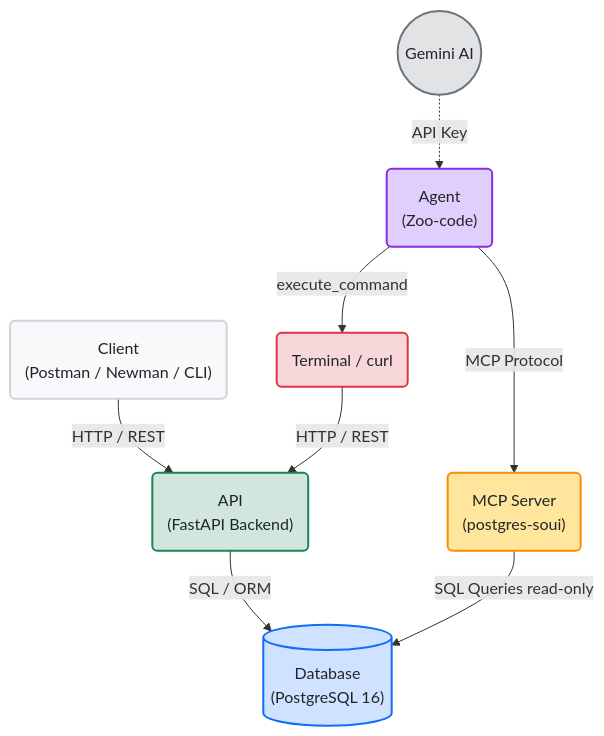
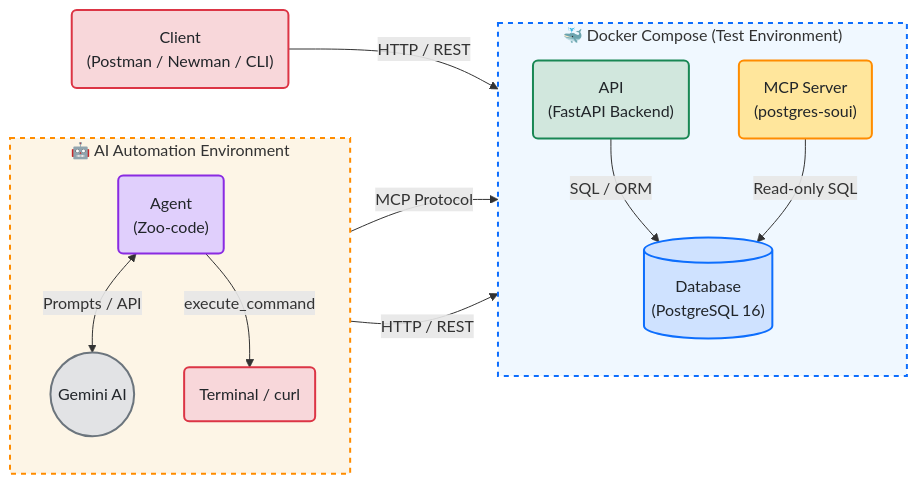
Before and after one commit to stasmeh/soui-qa-automation-hub: the diagram in README.md, drawn with Mermaid.

````diff
--- a/README.md
+++ b/README.md
@@ -25,22 +25,53 @@
 ```mermaid
-graph TD
-    Client("Client<br/>(Postman / Newman / CLI)") -->|"HTTP / REST"| API("API<br/>(FastAPI Backend)")
-    API -->|"SQL / ORM"| DB[("Database<br/>(PostgreSQL 16)")]
+graph LR
+    %% Клиентская часть
+    Client("Client<br/>(Postman / Newman / CLI)")
 
-    LLM(("Gemini AI")) -. "API Key" .-> Agent("Agent<br/>(Zoo-code)")
+    %% Зона тестируемого приложения (Docker)
+    subgraph Docker_Env ["🐳 Docker Compose (Test Environment)"]
+        direction TB
+        API("API<br/>(FastAPI Backend)")
+        DB[("Database<br/>(PostgreSQL 16)")]
+        MCP("MCP Server<br/>(postgres-soui)")
 
-    Agent -->|"MCP Protocol"| MCP("MCP Server<br/>(postgres-soui)")
-    MCP -->|"SQL Queries read-only"| DB
+        API -->|"SQL / ORM"| DB
+        MCP -->|"Read-only SQL"| DB
+    end
 
-    Agent -->|"execute_command"| Terminal("Terminal / curl")
+    %% Зона ИИ и Агента
+    subgraph AI_Ecosystem ["🤖 AI Automation Environment"]
+        direction TB
+        LLM(("Gemini AI"))
+        Agent("Agent<br/>(Zoo-code)")
+        Terminal("Terminal / curl")
+
+        Agent <-->|"Prompts / API"| LLM
+        Agent -->|"execute_command"| Terminal
+    end
+
+    %% Внешние связи между зонами
+    Client -->|"HTTP / REST"| API
+    Agent -->|"MCP Protocol"| MCP
     Terminal -->|"HTTP / REST"| API
 
-    style Client fill:#f8f9fa,stroke:#ced4da,stroke-width:2px,color:#212529
-    style API fill:#d1e7dd,stroke:#198754,stroke-width:2px,color:#212529
-    style DB fill:#cfe2ff,stroke:#0d6efd,stroke-width:2px,color:#212529
+    %% Настройки стилей (classDef)
+    classDef default fill:#f8f9fa,stroke:#ced4da,stroke-width:1px,color:#212529
+    classDef ext fill:#f8d7da,stroke:#dc3545,stroke-width:2px,color:#212529
+    classDef api fill:#d1e7dd,stroke:#198754,stroke-width:2px,color:#212529
+    classDef db fill:#cfe2ff,stroke:#0d6efd,stroke-width:2px,color:#212529
+    classDef mcp fill:#ffe69c,stroke:#ff8c00,stroke-width:2px,color:#212529
+    classDef agent fill:#e0cffc,stroke:#8a2be2,stroke-width:2px,color:#212529
+    classDef llm fill:#e2e3e5,stroke:#6c757d,stroke-width:2px,color:#212529
 
-    style LLM fill:#e2e3e5,stroke:#6c757d,stroke-width:2px,color:#212529
-    style Agent fill:#e0cffc,stroke:#8a2be2,stroke-width:2px,color:#212529
-    style MCP fill:#ffe69c,stroke:#ff8c00,stroke-width:2px,color:#212529
-    style Terminal fill:#f8d7da,stroke:#dc3545,stroke-width:2px,color:#212529
+    %% Применение стилей
+    class Client,Terminal ext
+    class API api
+    class DB db
+    class MCP mcp
+    class Agent agent
+    class LLM llm
+
+    %% Стили для рамок (subgraphs)
+    style Docker_Env fill:#f0f8ff,stroke:#0d6efd,stroke-width:2px,stroke-dasharray: 5 5
+    style AI_Ecosystem fill:#fdf5e6,stroke:#ff8c00,stroke-width:2px,stroke-dasharray: 5 5
 ```
````
